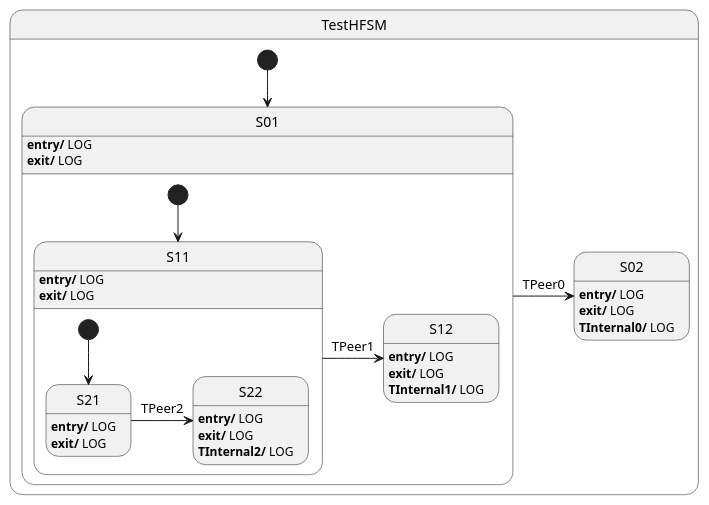
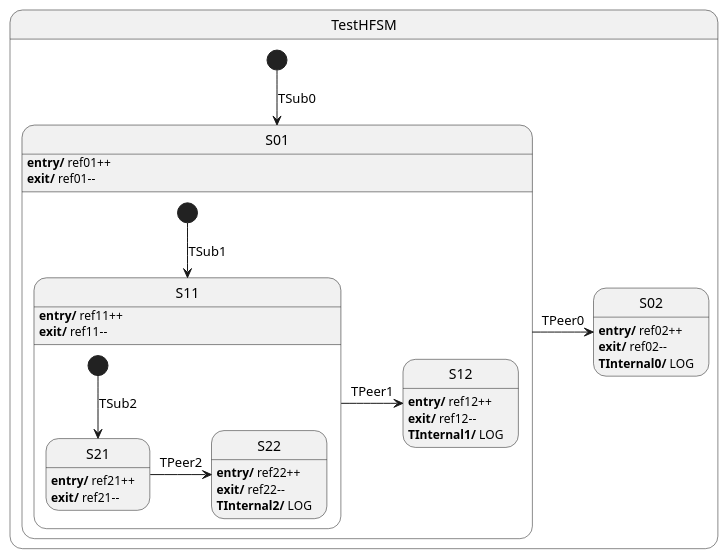
One commit to CIPop/hsm changed the diagram in doc/hfsm_test.puml. Above: the diagram before and after it, drawn with PlantUML. The commit also changed 6 other files, not shown here.

```diff
--- a/doc/hfsm_test.puml
+++ b/doc/hfsm_test.puml
@@ -1,41 +1,41 @@
 @startuml
 
 state TestHFSM {
     state S01 {
         state S11 {
             state S21
-            S21 : <b>entry/</b> LOG
-            S21 : <b>exit/</b> LOG
+            S21 : <b>entry/</b> ref21++
+            S21 : <b>exit/</b> ref21--
 
             state S22
-            S22 : <b>entry/</b> LOG
-            S22 : <b>exit/</b> LOG
+            S22 : <b>entry/</b> ref22++
+            S22 : <b>exit/</b> ref22--
             S22 : <b>TInternal2/</b> LOG
 
-            [*] --> S21
+            [*] --> S21 : TSub2
             S21 -right->S22 : TPeer2
         }
-        S11 : <b>entry/</b> LOG
-        S11 : <b>exit/</b> LOG
+        S11 : <b>entry/</b> ref11++
+        S11 : <b>exit/</b> ref11--
 
         state S12
-        S12 : <b>entry/</b> LOG
-        S12 : <b>exit/</b> LOG
+        S12 : <b>entry/</b> ref12++
+        S12 : <b>exit/</b> ref12--
         S12 : <b>TInternal1/</b> LOG
 
-        [*] --> S11
+        [*] --> S11 : TSub1
         S11 -> S12 : TPeer1
     }
-    S01 : <b>entry/</b> LOG
-    S01 : <b>exit/</b> LOG
+    S01 : <b>entry/</b> ref01++
+    S01 : <b>exit/</b> ref01--
 
     state S02
-    S02 : <b>entry/</b> LOG
-    S02 : <b>exit/</b> LOG
+    S02 : <b>entry/</b> ref02++
+    S02 : <b>exit/</b> ref02--
     S02 : <b>TInternal0/</b> LOG
 
-    [*] --> S01
+    [*] --> S01 : TSub0
     S01 -right-> S02 : TPeer0
 }
 
 @enduml
```
